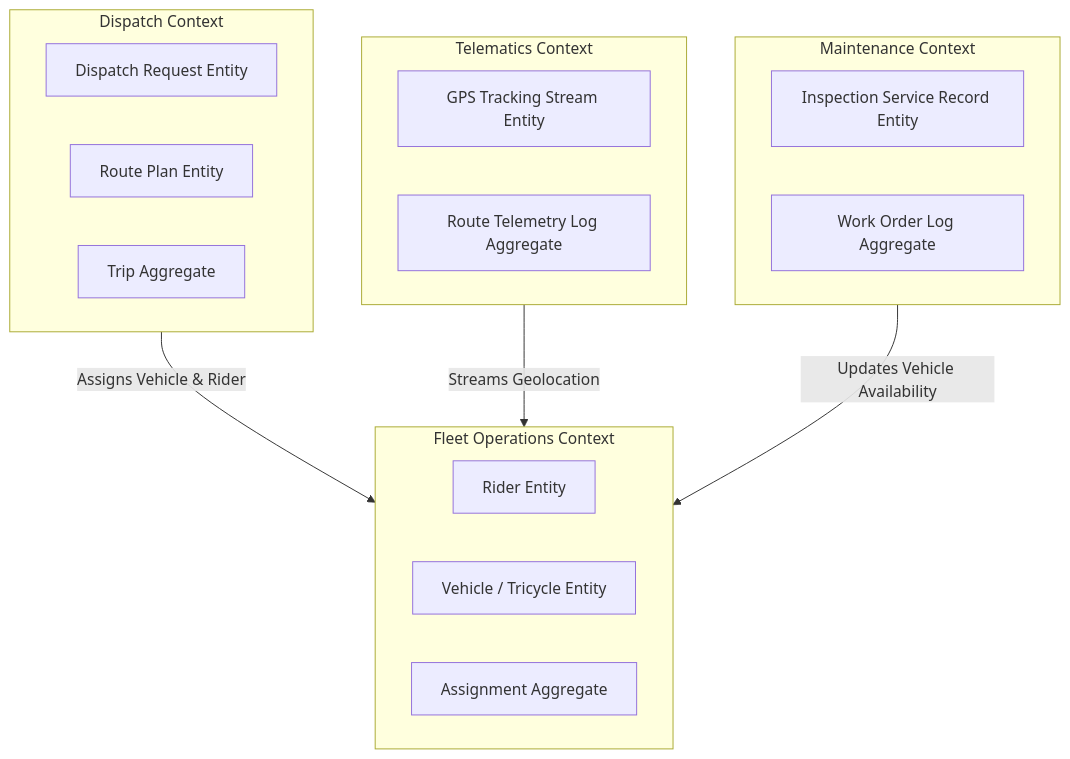
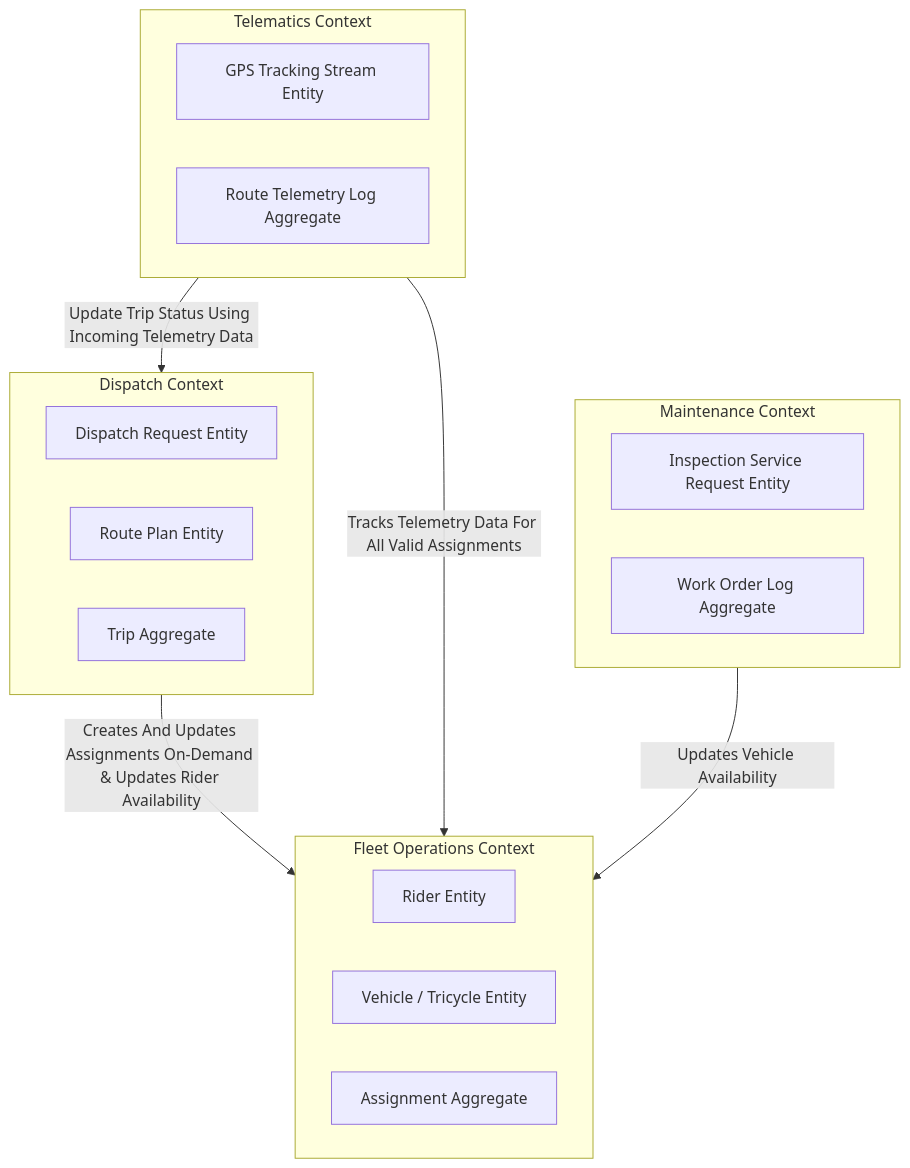
One commit to isocroft/fleet-management-ontology changed the second of 6 diagrams in README.md. Above: the diagram before and after it, drawn with Mermaid. The commit also changed other lines of this file, not shown here.

````diff
--- a/README.md
+++ b/README.md
@@ -216,30 +229,30 @@
 ```mermaid
 graph TD
     subgraph fleet [Fleet Operations Context]
         D[Rider Entity]
         V[Vehicle / Tricycle Entity]
         A[Assignment Aggregate]
-    end
+    end 
 
     subgraph telematics [Telematics Context]
         GT[GPS Tracking Stream Entity]
         RT[Route Telemetry Log Aggregate]
     end
 
     subgraph maintenance [Maintenance Context]
-        SR[Inspection Service Record Entity]
+        ISR[Inspection Service Request Entity]
         WO[Work Order Log Aggregate]
     end
 
     subgraph dispatch [Dispatch Context]
-        
         DR[Dispatch Request Entity]
         RP[Route Plan Entity]
         TR[Trip Aggregate]
     end
 
     %% Clean connection syntax using short IDs
-    dispatch -->|Assigns Vehicle & Rider| fleet
-    telematics -->|Streams Geolocation| fleet
+    dispatch -->|Creates And Updates Assignments On-Demand & Updates Rider Availability| fleet
+    telematics -->|Tracks Telemetry Data For All Valid Assignments| fleet
+    telematics -->|Update Trip Status Using Incoming Telemetry Data| dispatch
     maintenance -->|Updates Vehicle Availability| fleet
 ```
````
